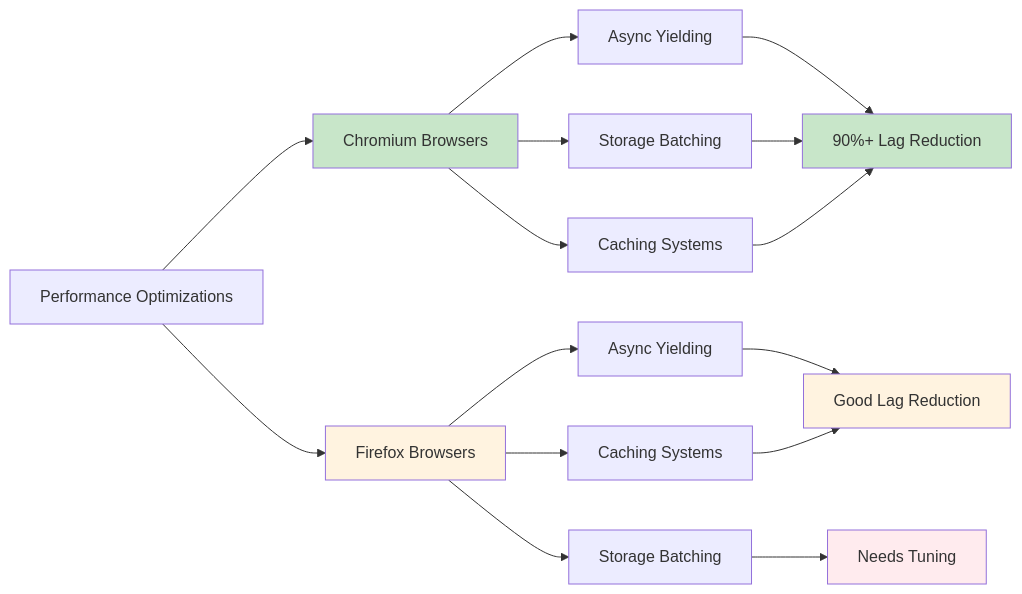
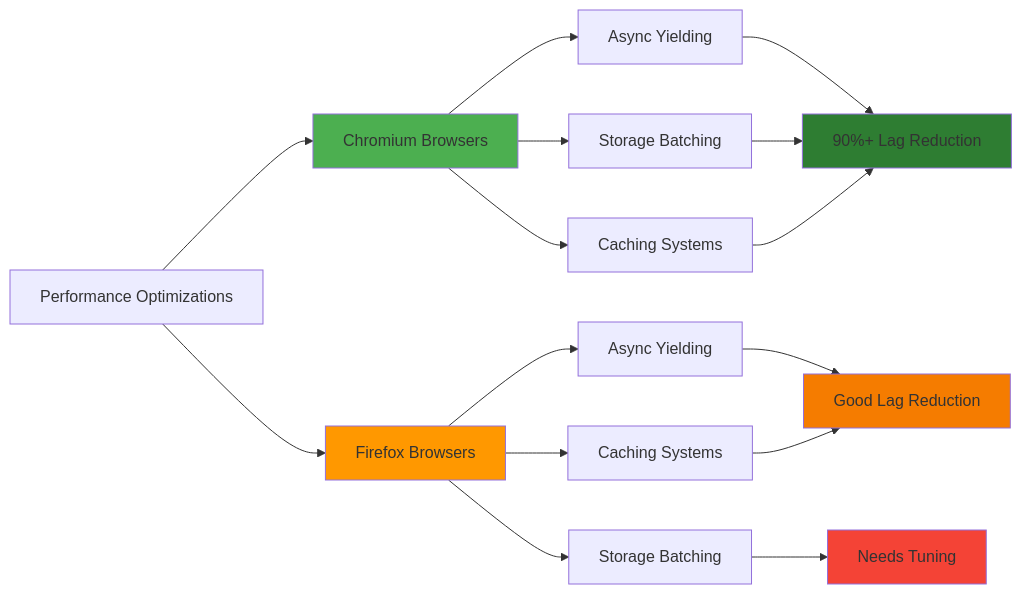
Before and after one commit to varshneydevansh/FilterTube: the ninth of 14 diagrams in docs/ARCHITECTURE.md, drawn with Mermaid. The commit also changed other lines of this file and 21 other files, not shown here.

````diff
--- a/docs/ARCHITECTURE.md
+++ b/docs/ARCHITECTURE.md
@@ -321,27 +380,27 @@
 ```mermaid
 graph LR
     A[Performance Optimizations] --> B[Chromium Browsers]
     A --> C[Firefox Browsers]
     
     B --> D[Async Yielding]
     B --> E[Storage Batching]
     B --> F[Caching Systems]
     
     D --> G[90%+ Lag Reduction]
     E --> G
     F --> G
     
     C --> H[Async Yielding]
     C --> I[Storage Batching]
     C --> J[Caching Systems]
     
     H --> K[Good Lag Reduction]
     I --> L[Needs Tuning]
     J --> K
     
-    style B fill:#c8e6c9
-    style G fill:#c8e6c9
-    style C fill:#fff3e0
-    style K fill:#fff3e0
-    style L fill:#ffebee
+    style B fill:#4caf50
+    style G fill:#2e7d32
+    style C fill:#ff9800
+    style K fill:#f57c00
+    style L fill:#f44336
 ```
````
